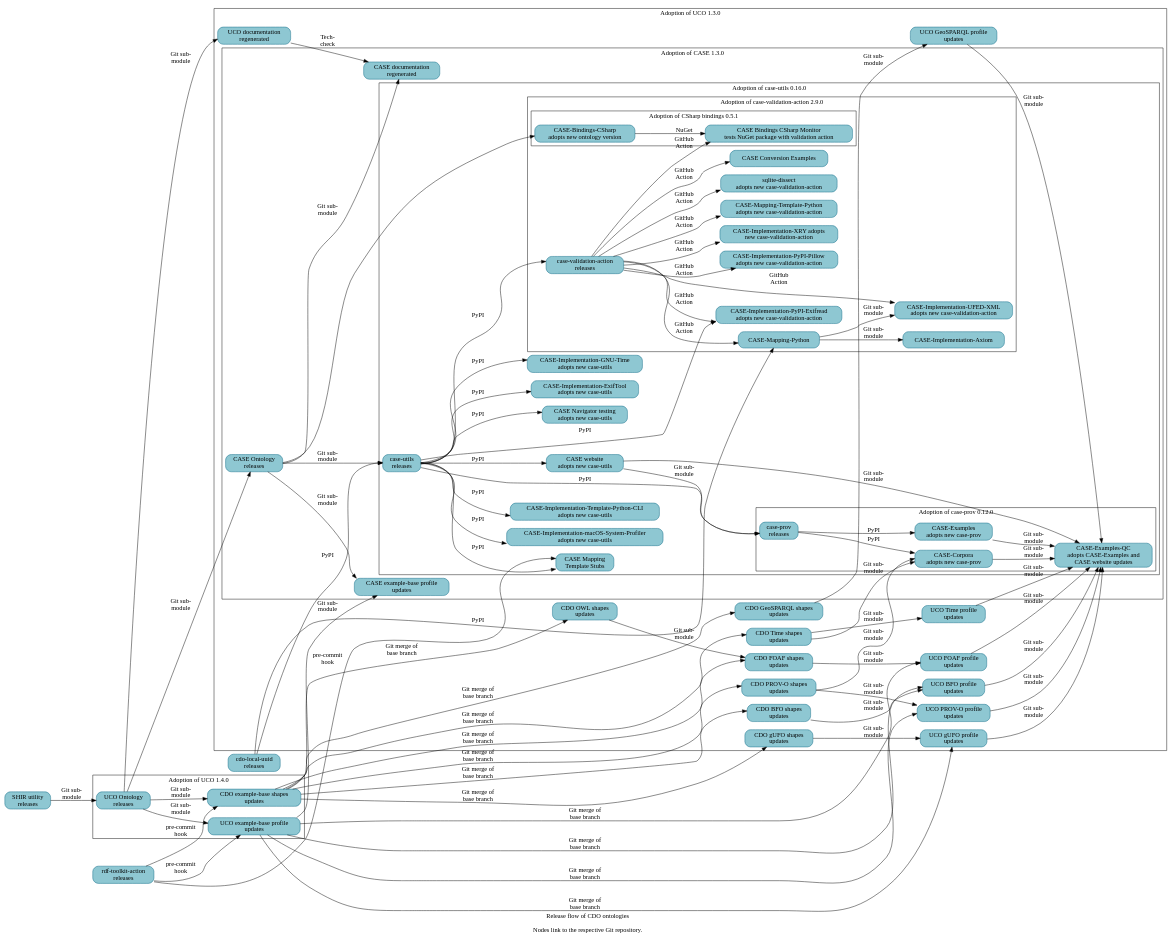
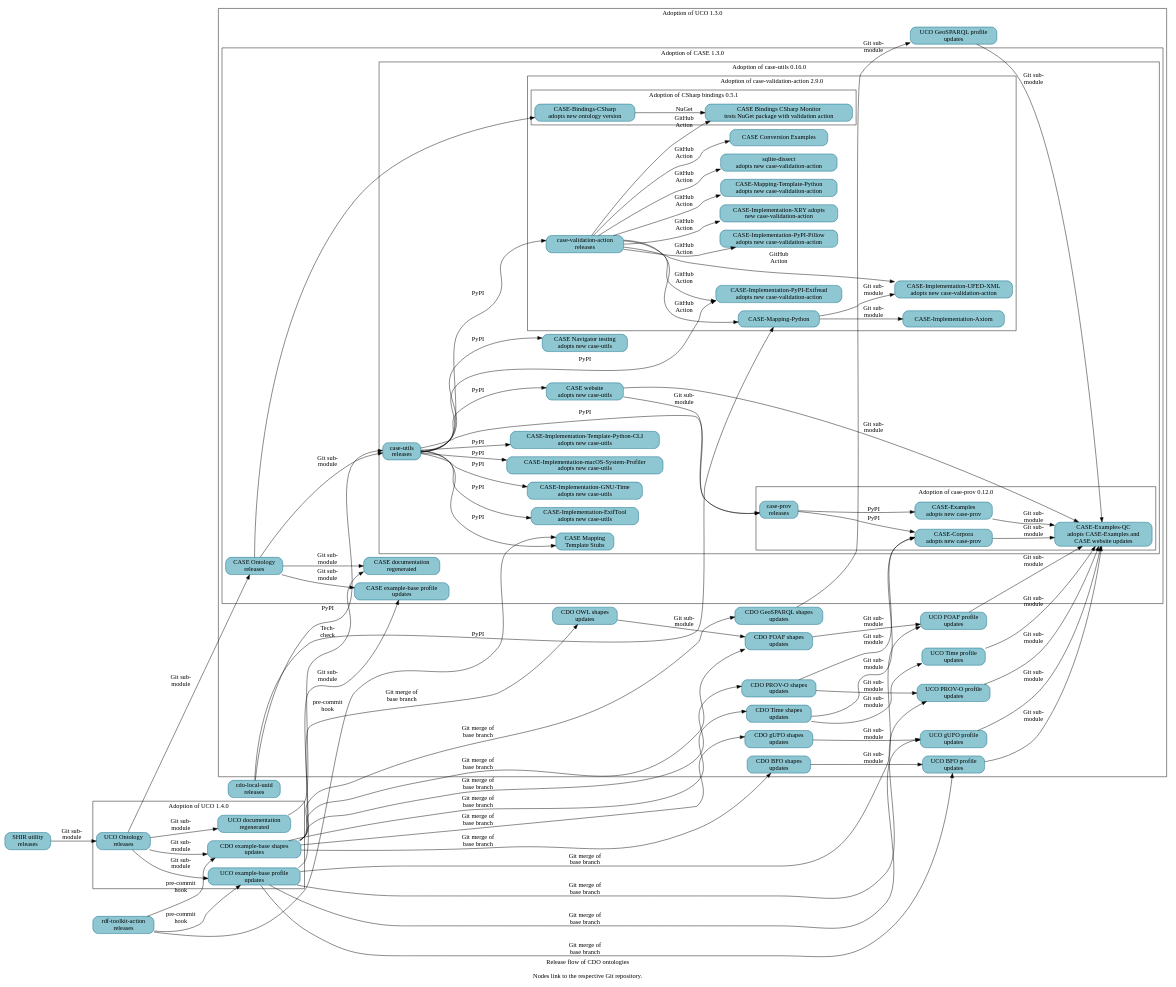
The diagram in resources/project_release_flow.dot (Cyber-Domain-Ontology/cdo.github.io), drawn with Graphviz before and after one commit. The commit also changed other lines of this file, not shown here.

First line of the commit message:
Bump adoption of UCO

```diff
--- a/resources/project_release_flow.dot
+++ b/resources/project_release_flow.dot
@@ -17,7 +17,6 @@
     _GH__CYBER_DOMAIN_ONTOLOGY__CDO_SHAPES_OWL [URL="https://github.com/Cyber-Domain-Ontology/CDO-Shapes-OWL" label="CDO OWL shapes\nupdates"] ;
     _GH__CYBER_DOMAIN_ONTOLOGY__CDO_SHAPES_PROV_O [URL="https://github.com/Cyber-Domain-Ontology/CDO-Shapes-PROV-O" label="CDO PROV-O shapes\nupdates"] ;
     _GH__CYBER_DOMAIN_ONTOLOGY__CDO_SHAPES_TIME [URL="https://github.com/Cyber-Domain-Ontology/CDO-Shapes-Time" label="CDO Time shapes\nupdates"] ;
-    _GH__UCOPROJECT__ONTOLOGY_UNIFIEDCYBERONTOLOGY_ORG [URL="https://github.com/ucoProject/ontology.unifiedcyberontology.org" label="UCO documentation\nregenerated"] ;
     _GH__UCOPROJECT__UCO_PROFILE_BFO [URL="https://github.com/ucoProject/UCO-Profile-BFO" label="UCO BFO profile\nupdates"] ;
     _GH__UCOPROJECT__UCO_PROFILE_FOAF [URL="https://github.com/ucoProject/UCO-Profile-FOAF" label="UCO FOAF profile\nupdates"] ;
     _GH__UCOPROJECT__UCO_PROFILE_GEOSPARQL [URL="https://github.com/ucoProject/UCO-Profile-GeoSPARQL" label="UCO GeoSPARQL profile\nupdates"] ;
@@ -82,6 +81,7 @@
     label = "Adoption of UCO 1.4.0" ;
 
     _GH__CYBER_DOMAIN_ONTOLOGY__CDO_SHAPES_EXAMPLE [URL="https://github.com/Cyber-Domain-Ontology/CDO-Shapes-Example" label="CDO example-base shapes\nupdates"] ;
+    _GH__UCOPROJECT__ONTOLOGY_UNIFIEDCYBERONTOLOGY_ORG [URL="https://github.com/ucoProject/ontology.unifiedcyberontology.org" label="UCO documentation\nregenerated"] ;
     _GH__UCOPROJECT__UCO [URL="https://github.com/ucoProject/UCO" label="UCO Ontology\nreleases"] ;
     _GH__UCOPROJECT__UCO_PROFILE_EXAMPLE [URL="https://github.com/ucoProject/UCO-Profile-Example" label="UCO example-base profile\nupdates"] ;
   }
```
